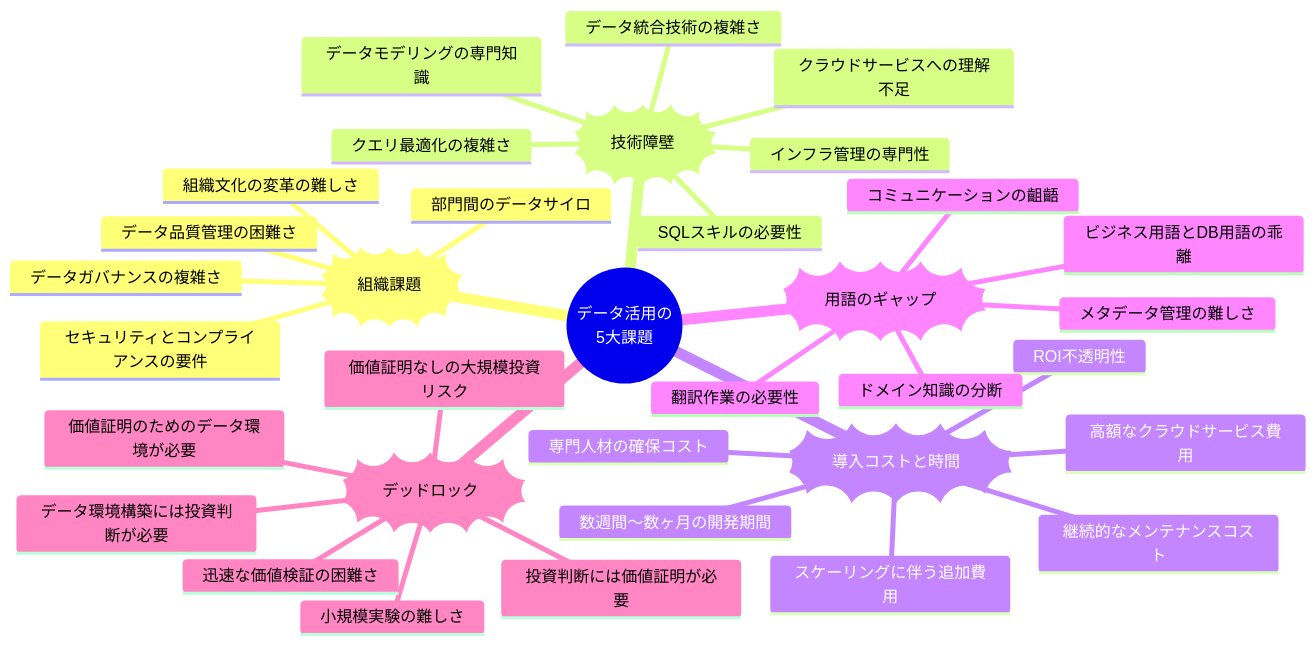
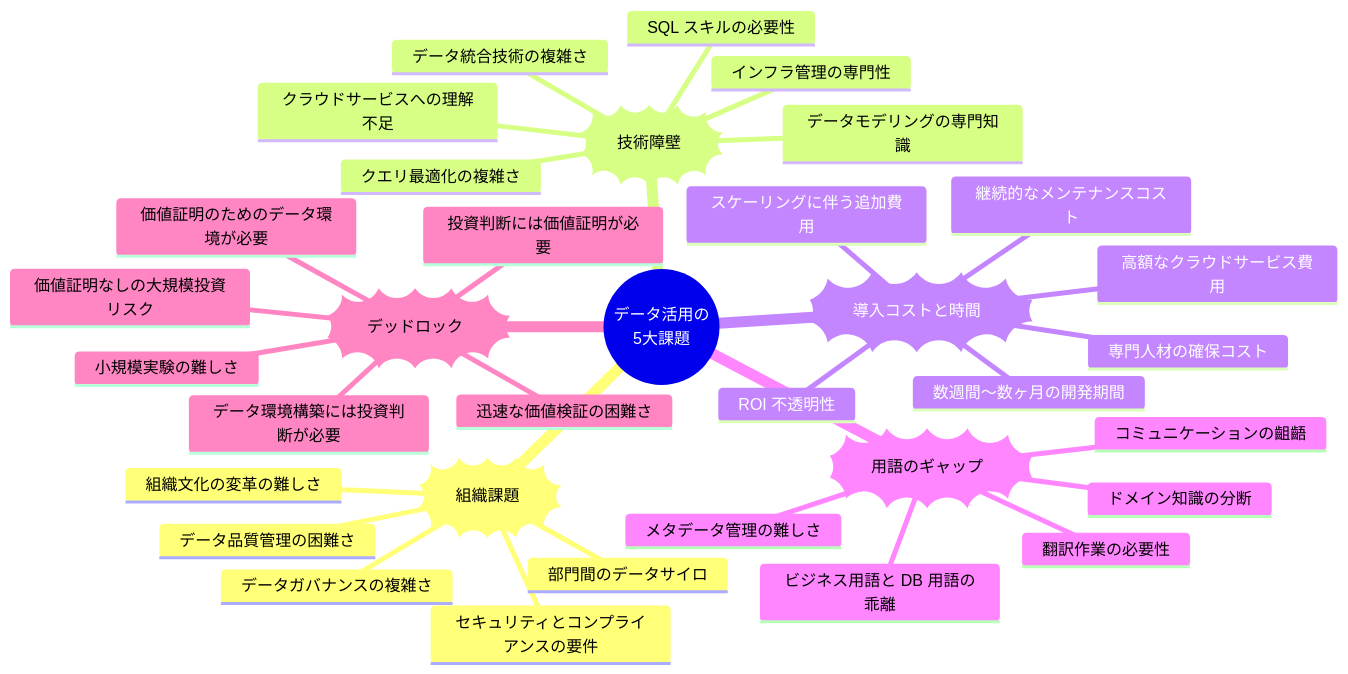
The diagram in databases/wren/blog/README.md (littlemex/aws-samples), drawn with Mermaid before and after one commit. The commit also changed other lines of this file, not shown here.

````diff
--- a/databases/wren/blog/README.md
+++ b/databases/wren/blog/README.md
@@ -3,42 +3,42 @@
 ```mermaid
 mindmap
   root((データ活用の<br>5大課題))
     ))組織課題((
       ::icon(fa fa-users)
       部門間のデータサイロ
       データガバナンスの複雑さ
       組織文化の変革の難しさ
       データ品質管理の困難さ
       セキュリティとコンプライアンスの要件
     ))技術障壁((
       ::icon(fa fa-code)
-      SQLスキルの必要性
+      SQL スキルの必要性
       データモデリングの専門知識
       クエリ最適化の複雑さ
       クラウドサービスへの理解不足
       データ統合技術の複雑さ
       インフラ管理の専門性
     ))導入コストと時間((
       ::icon(fa fa-money-bill)
       高額なクラウドサービス費用
       専門人材の確保コスト
       数週間〜数ヶ月の開発期間
       継続的なメンテナンスコスト
       スケーリングに伴う追加費用
-      ROI不透明性
+      ROI 不透明性
     ))用語のギャップ((
       ::icon(fa fa-language)
-      ビジネス用語とDB用語の乖離
+      ビジネス用語と DB 用語の乖離
       コミュニケーションの齟齬
       翻訳作業の必要性
       ドメイン知識の分断
       メタデータ管理の難しさ
     ))デッドロック((
       ::icon(fa fa-lock)
       価値証明のためのデータ環境が必要
       データ環境構築には投資判断が必要
       投資判断には価値証明が必要
       価値証明なしの大規模投資リスク
       小規模実験の難しさ
       迅速な価値検証の困難さ
 ```
````
